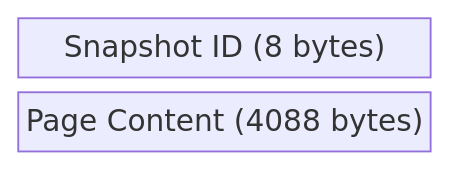
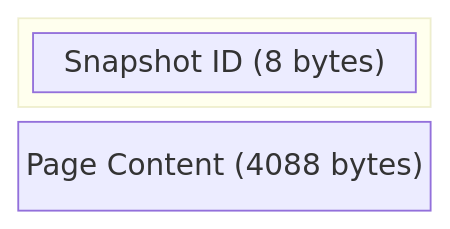
One commit to base/triedb changed the second of 8 diagrams in README.md. Above: the diagram before and after it, drawn with Mermaid. The commit also changed other lines of this file, not shown here.

Commit message:
Header block

````diff
--- a/README.md
+++ b/README.md
@@ -66,6 +66,8 @@
 ```mermaid
 block-beta
   columns 1
-  snapshotId["Snapshot ID (8 bytes)"]
+  block:outer
+    snapshotId["Snapshot ID (8 bytes)"]
+  end
   pageContent["Page Content (4088 bytes)"]
 ```
````
